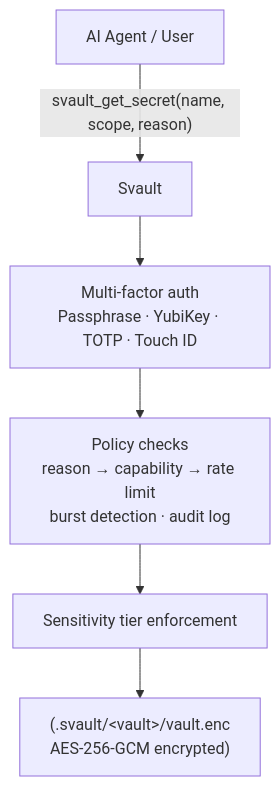
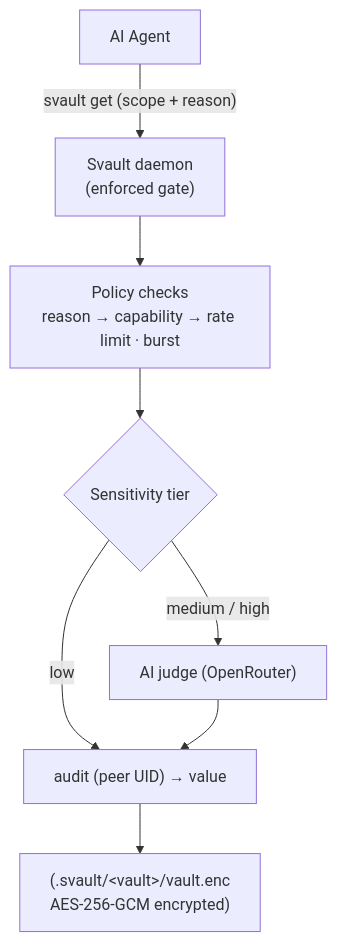
Before and after one commit to nim444/Svault: the third of 3 diagrams in README.md, drawn with Mermaid. The commit also changed other lines of this file and 6 other files, not shown here.

````diff
--- a/README.md
+++ b/README.md
@@ -205,8 +205,10 @@
 ```mermaid
 flowchart TD
-    U["AI Agent / User"] -->|"svault_get_secret(name, scope, reason)"| D["Svault"]
-    D --> AUTH["Multi-factor auth<br/>Passphrase · YubiKey · TOTP · Touch ID"]
-    AUTH --> POL["Policy checks<br/>reason → capability → rate limit<br/>burst detection · audit log"]
-    POL --> TIER["Sensitivity tier enforcement"]
-    TIER --> ENC["(.svault/&lt;vault&gt;/vault.enc<br/>AES-256-GCM encrypted)"]
+    U["AI Agent"] -->|"svault get (scope + reason)"| D["Svault daemon<br/>(enforced gate)"]
+    D --> POL["Policy checks<br/>reason → capability → rate limit · burst"]
+    POL --> TIER{"Sensitivity tier"}
+    TIER -->|low| OUT["audit (peer UID) → value"]
+    TIER -->|medium / high| JUDGE["AI judge (OpenRouter)"]
+    JUDGE --> OUT
+    OUT --> ENC["(.svault/&lt;vault&gt;/vault.enc<br/>AES-256-GCM encrypted)"]
 ```
````
